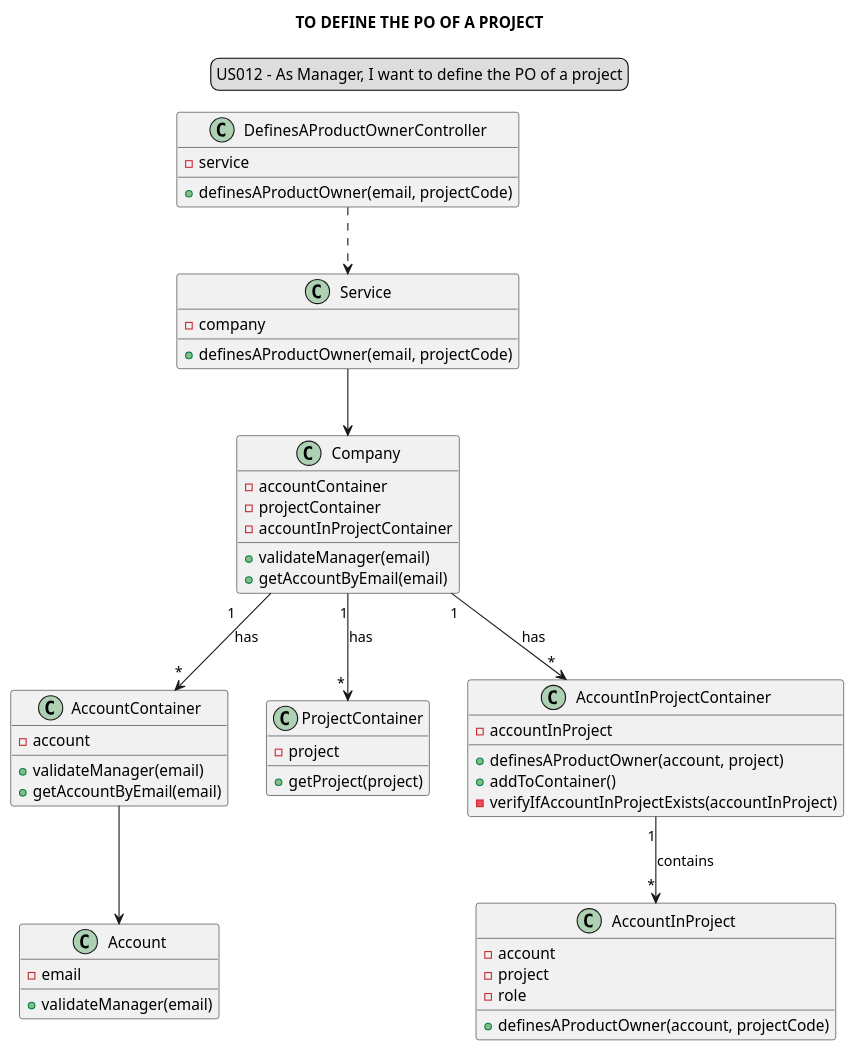
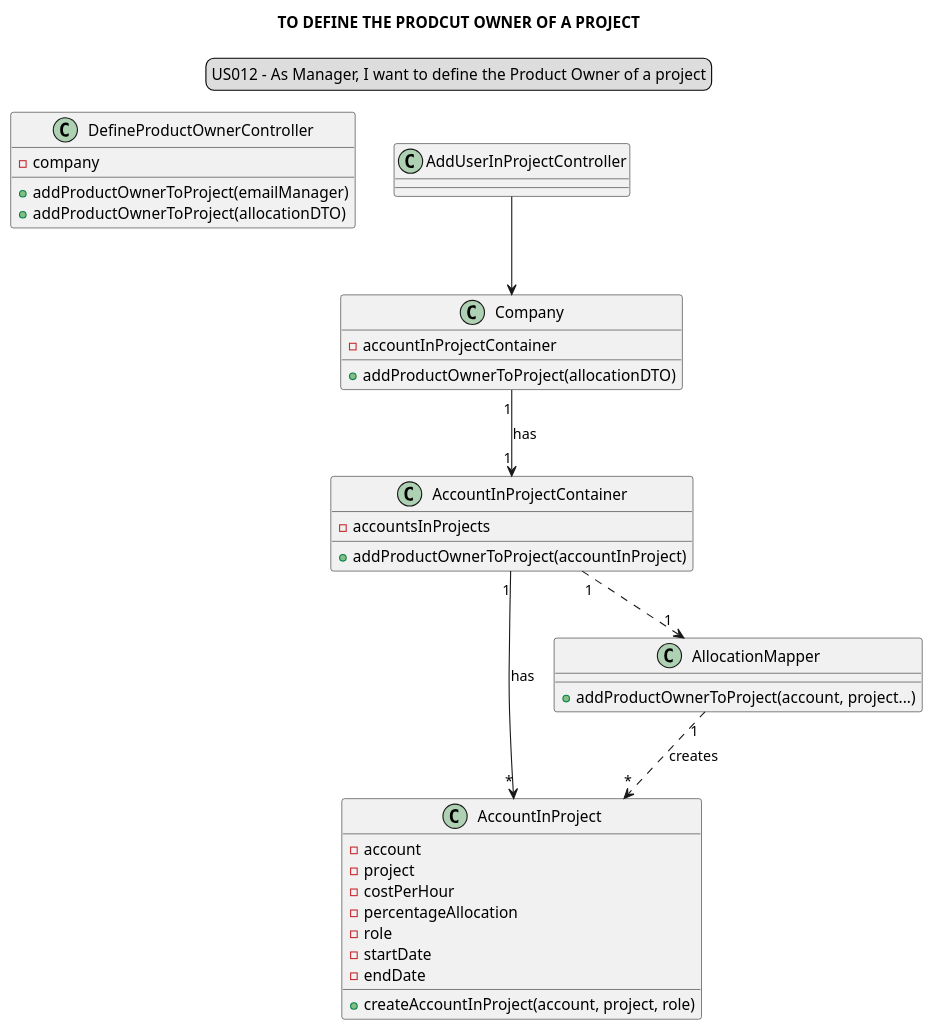
Before and after one commit to Loracline/project_switch_22-23: the diagram in docs/modelling_design/user_stories/sprint02/us012/US012_classDiagram.puml, drawn with PlantUML. The commit also changed 1 other file, not shown here.

Commit message:
US012: Design: Updated Sequence and Class Diagrams

```diff
--- a/docs/modelling_design/user_stories/sprint02/us012/US012_classDiagram.puml
+++ b/docs/modelling_design/user_stories/sprint02/us012/US012_classDiagram.puml
@@ -1,66 +1,46 @@
 @startuml
 
 skinparam sequenceMessageAlign center
-title TO DEFINE THE PO OF A PROJECT
+title TO DEFINE THE PRODCUT OWNER OF A PROJECT
 legend top
-US012 - As Manager, I want to define the PO of a project
+US012 - As Manager, I want to define the Product Owner of a project
 end legend
 
-class DefinesAProductOwnerController {
--service
-+definesAProductOwner(email, projectCode)
-}
-
-class Service {
+class DefineProductOwnerController {
 -company
-+definesAProductOwner(email, projectCode)
++addProductOwnerToProject(emailManager)
++addProductOwnerToProject(allocationDTO)
 }
 
 class Company {
--accountContainer
--projectContainer
 -accountInProjectContainer
-+validateManager(email)
-+getAccountByEmail(email)
-}
-
-class AccountContainer {
--account
-+validateManager(email)
-+getAccountByEmail(email)
-}
-
-class Account {
--email
-+validateManager(email)
-}
-
-class ProjectContainer{
--project
-+getProject(project)
-}
-
-class AccountInProjectContainer{
--accountInProject
-+definesAProductOwner(account, project)
-+addToContainer()
--verifyIfAccountInProjectExists(accountInProject)
++addProductOwnerToProject(allocationDTO)
 }
 
 class AccountInProject{
 -account
 -project
+-costPerHour
+-percentageAllocation
 -role
-+definesAProductOwner(account, projectCode)
-
+-startDate
+-endDate
++createAccountInProject(account, project, role)
 }
 
-AccountContainer --> Account
-DefinesAProductOwnerController ..> Service
-Service --> Company
-Company "1       " --> "*"AccountContainer: has
-Company "1"--> "        *"ProjectContainer: has
-Company "1 "-->"*" AccountInProjectContainer: has
-AccountInProjectContainer "    1"--> "   *"AccountInProject: contains
+class AccountInProjectContainer{
+-accountsInProjects
++addProductOwnerToProject(accountInProject)
+}
+
+class AllocationMapper {
++addProductOwnerToProject(account, project...)
+}
+
+AddUserInProjectController --> Company
+Company "1"-->"1" AccountInProjectContainer: has
+AccountInProjectContainer "1"..>"1" AllocationMapper
+AllocationMapper "1"..> "*"AccountInProject: creates
+AccountInProjectContainer "1"--> "*" AccountInProject: has
 
 @enduml
```
